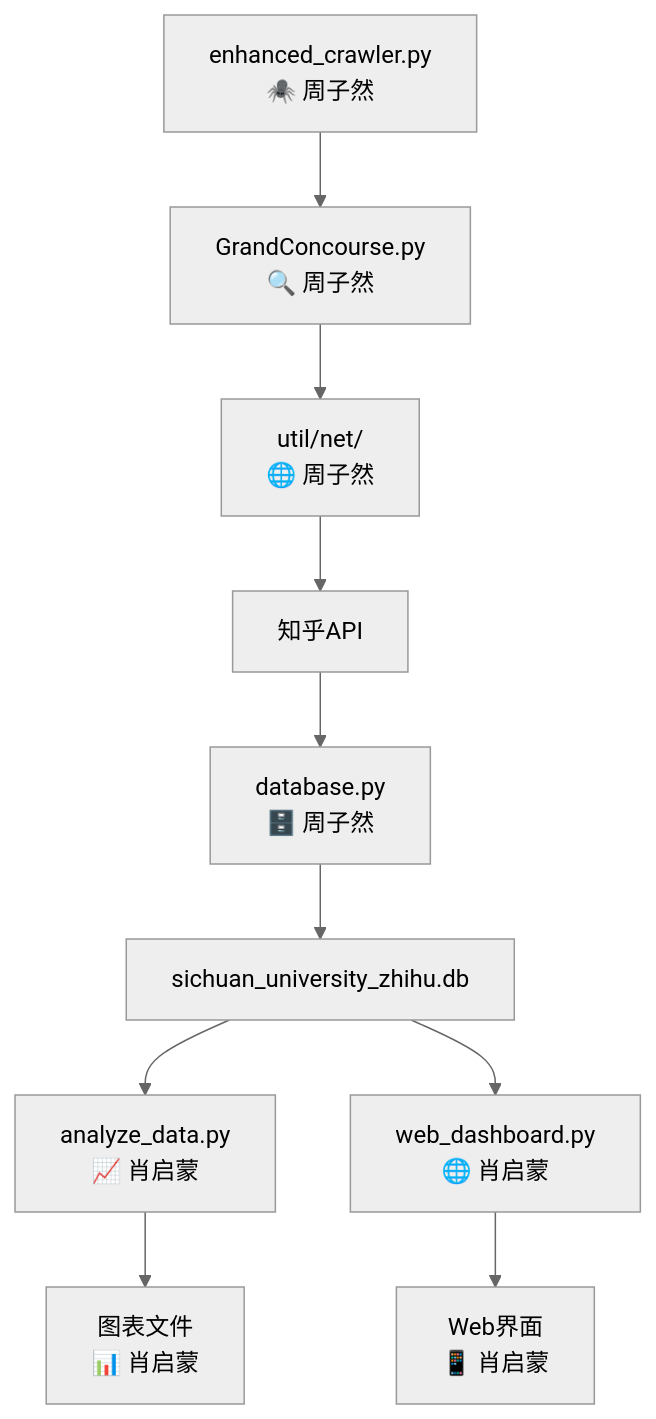
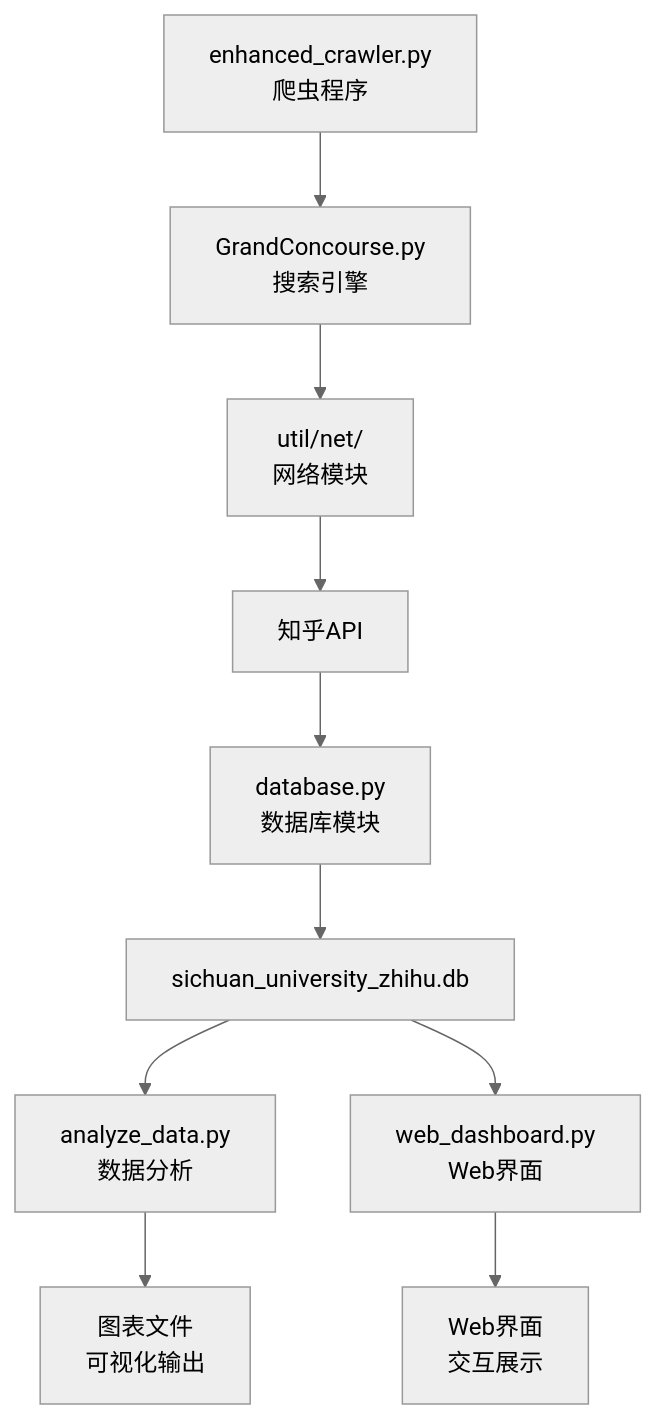
Before and after one commit to raneverlasting/zhihu_spider: the diagram in README.md, drawn with Mermaid (neutral theme). The commit also changed other lines of this file and 15 other files, not shown here.

````diff
--- a/README.md
+++ b/README.md
@@ -228,12 +295,12 @@
 ```mermaid
 graph TD
-    A[enhanced_crawler.py<br/>🕷️ 周子然] --> B[GrandConcourse.py<br/>🔍 周子然]
-    B --> C[util/net/<br/>🌐 周子然]
+    A[enhanced_crawler.py<br/>爬虫程序] --> B[GrandConcourse.py<br/>搜索引擎]
+    B --> C[util/net/<br/>网络模块]
     C --> D[知乎API]
-    D --> E[database.py<br/>🗄️ 周子然]
+    D --> E[database.py<br/>数据库模块]
     E --> F[sichuan_university_zhihu.db]
-    F --> G[analyze_data.py<br/>📈 肖启蒙]
-    F --> H[web_dashboard.py<br/>🌐 肖启蒙]
-    G --> I[图表文件<br/>📊 肖启蒙]
-    H --> J[Web界面<br/>📱 肖启蒙]
+    F --> G[analyze_data.py<br/>数据分析]
+    F --> H[web_dashboard.py<br/>Web界面]
+    G --> I[图表文件<br/>可视化输出]
+    H --> J[Web界面<br/>交互展示]
 ```
````
